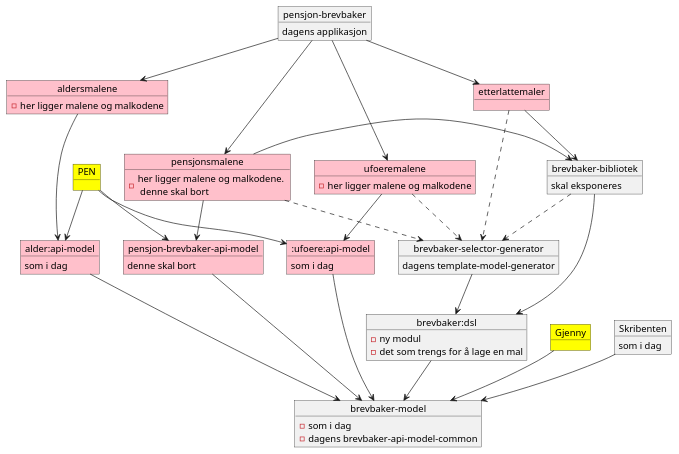
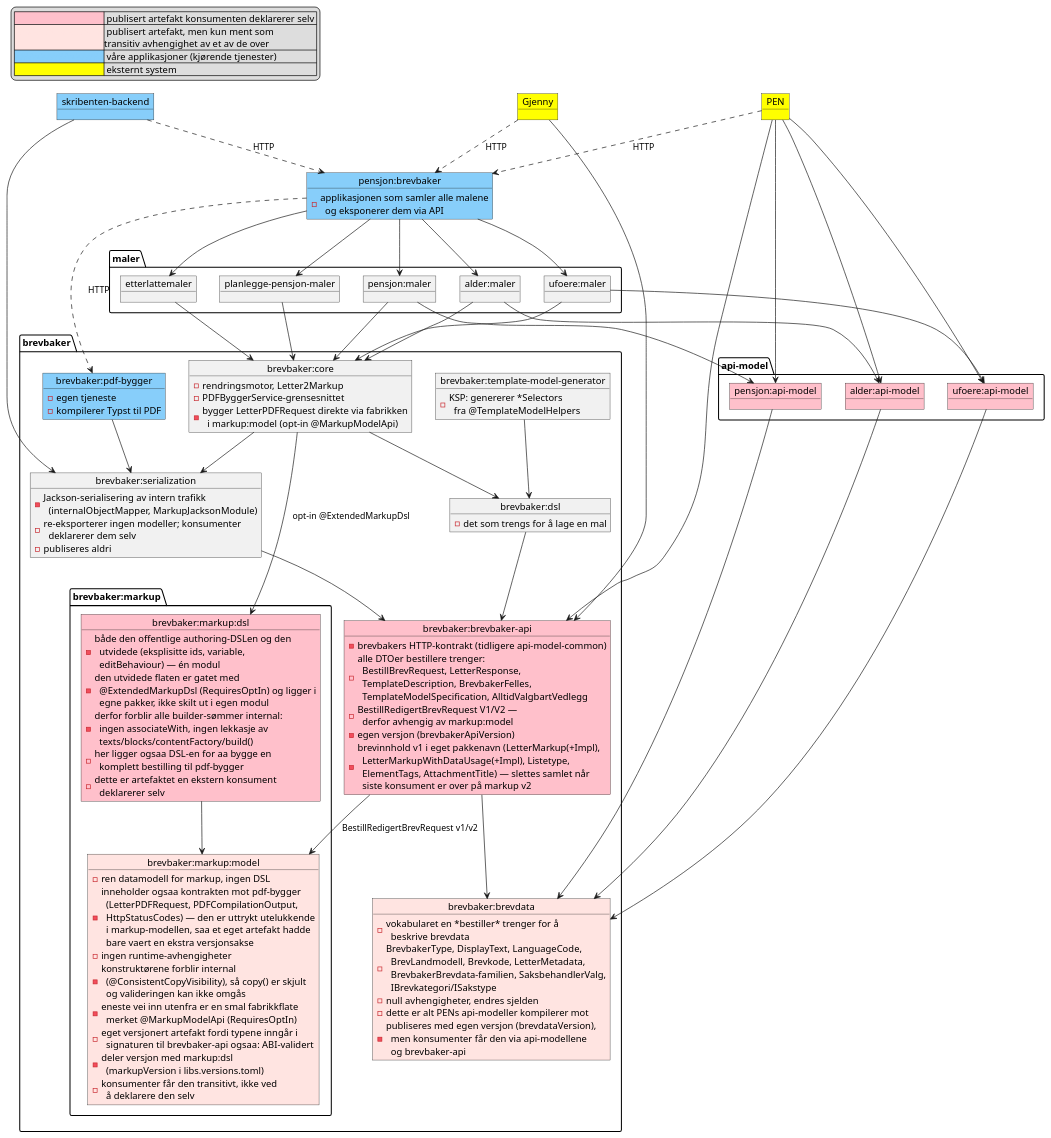
The diagram in docs/modules/ROOT/examples/moduldiagram.puml (navikt/pensjonsbrev), drawn with PlantUML before and after one commit. The commit also changed 217 other files, not shown here.

Commit message:
Api modul restrutkurering (#3525)

```diff
--- a/docs/modules/ROOT/examples/moduldiagram.puml
+++ b/docs/modules/ROOT/examples/moduldiagram.puml
@@ -1,76 +1,134 @@
 @startuml
 
-object "pensjon-brevbaker" as brevbaker
-brevbaker : dagens applikasjon
+legend top left
+  |<#pink><color:#pink>WWWWWWWWWW</color> | publisert artefakt konsumenten deklarerer selv |
+  |<#mistyrose><color:#mistyrose>WWWWWWWWWW</color> | publisert artefakt, men kun ment som\ntransitiv avhengighet av et av de over |
+  |<#lightskyblue><color:#lightskyblue>WWWWWWWWWW</color> | våre applikasjoner (kjørende tjenester) |
+  |<#yellow><color:#yellow>WWWWWWWWWW</color> | eksternt system |
+endlegend
 
-object pensjonsmalene #pink
-pensjonsmalene : - her ligger malene og malkodene. \n denne skal bort
+package "brevbaker" {
 
-object ufoeremalene #pink
-ufoeremalene : - her ligger malene og malkodene
+  object "brevbaker:brevdata" as brevdata #mistyrose
+  brevdata : - vokabularet en *bestiller* trenger for å\n  beskrive brevdata
+  brevdata : - BrevbakerType, DisplayText, LanguageCode,\n  BrevLandmodell, Brevkode, LetterMetadata,\n  BrevbakerBrevdata-familien, SaksbehandlerValg,\n  IBrevkategori/ISakstype
+  brevdata : - null avhengigheter, endres sjelden
+  brevdata : - dette er alt PENs api-modeller kompilerer mot
+  brevdata : - publiseres med egen versjon (brevdataVersion),\n  men konsumenter får den via api-modellene\n  og brevbaker-api
 
-object aldersmalene #pink
-aldersmalene : - her ligger malene og malkodene
+  object "brevbaker:brevbaker-api" as brevbakerapi #pink
+  brevbakerapi : - brevbakers HTTP-kontrakt (tidligere api-model-common)
+  brevbakerapi : - alle DTOer bestillere trenger:\n  BestillBrevRequest, LetterResponse,\n  TemplateDescription, BrevbakerFelles,\n  TemplateModelSpecification, AlltidValgbartVedlegg
+  brevbakerapi : - BestillRedigertBrevRequest V1/V2 —\n  derfor avhengig av markup:model
+  brevbakerapi : - egen versjon (brevbakerApiVersion)
+  brevbakerapi : - brevinnhold v1 i eget pakkenavn (LetterMarkup(+Impl),\n  LetterMarkupWithDataUsage(+Impl), Listetype,\n  ElementTags, AttachmentTitle) — slettes samlet når\n  siste konsument er over på markup v2
 
-object "etterlattemaler" as etterlatte #pink
+  package "brevbaker:markup" {
+    object "brevbaker:markup:model" as markupModel #mistyrose
+    markupModel : - ren datamodell for markup, ingen DSL
+    markupModel : - inneholder ogsaa kontrakten mot pdf-bygger\n  (LetterPDFRequest, PDFCompilationOutput,\n  HttpStatusCodes) — den er uttrykt utelukkende\n  i markup-modellen, saa et eget artefakt hadde\n  bare vaert en ekstra versjonsakse
+    markupModel : - ingen runtime-avhengigheter
+    markupModel : - konstruktørene forblir internal\n  (@ConsistentCopyVisibility), så copy() er skjult\n  og valideringen kan ikke omgås
+    markupModel : - eneste vei inn utenfra er en smal fabrikkflate\n  merket @MarkupModelApi (RequiresOptIn)
+    markupModel : - eget versjonert artefakt fordi typene inngår i\n  signaturen til brevbaker-api ogsaa: ABI-validert
+    markupModel : - deler versjon med markup:dsl\n  (markupVersion i libs.versions.toml)
+    markupModel : - konsumenter får den transitivt, ikke ved\n  å deklarere den selv
 
-object "pensjon-brevbaker-api-model" as pensjonapimodel #pink
-pensjonapimodel : denne skal bort
+    object "brevbaker:markup:dsl" as markupDsl #pink
+    markupDsl : - både den offentlige authoring-DSLen og den\n  utvidede (eksplisitte ids, variable,\n  editBehaviour) — én modul
+    markupDsl : - den utvidede flaten er gatet med\n  @ExtendedMarkupDsl (RequiresOptIn) og ligger i\n  egne pakker, ikke skilt ut i egen modul
+    markupDsl : - derfor forblir alle builder-sømmer internal:\n  ingen associateWith, ingen lekkasje av\n  texts/blocks/contentFactory/build()
+    markupDsl : - her ligger ogsaa DSL-en for aa bygge en\n  komplett bestilling til pdf-bygger
+    markupDsl : - dette er artefaktet en ekstern konsument\n  deklarerer selv
+  }
 
-object "alder:api-model" as alderapimodel #pink
-alderapimodel : som i dag
+  object "brevbaker:serialization" as serialization
+  serialization : - Jackson-serialisering av intern trafikk\n  (internalObjectMapper, MarkupJacksonModule)
+  serialization : - re-eksporterer ingen modeller; konsumenter\n  deklarerer dem selv
+  serialization : - publiseres aldri
 
-object ":ufoere:api-model" as ufoereapimodel #pink
-ufoereapimodel : som i dag
+  object "brevbaker:dsl" as dsl
+  dsl : - det som trengs for å lage en mal
 
-object "brevbaker:dsl" as dsl
-dsl : - ny modul
-dsl : - det som trengs for å lage en mal
+  object "brevbaker:core" as core
+  core : - rendringsmotor, Letter2Markup
+  core : - PDFByggerService-grensesnittet
+  core : - bygger LetterPDFRequest direkte via fabrikken\n  i markup:model (opt-in @MarkupModelApi)
 
-object "brevbaker-bibliotek" as bibliotek
-bibliotek : skal eksponeres
+  object "brevbaker:template-model-generator" as tmg
+  tmg : - KSP: genererer *Selectors\n  fra @TemplateModelHelpers
 
+  object "brevbaker:pdf-bygger" as pdfbygger #lightskyblue
+  pdfbygger : - egen tjeneste
+  pdfbygger : - kompilerer Typst til PDF
+}
+
+package "maler" {
+  object "pensjon:maler" as pensjonsmalene
+  object "alder:maler" as aldersmalene
+  object "ufoere:maler" as ufoeremalene
+  object "etterlattemaler" as etterlatte
+  object "planlegge-pensjon-maler" as planlegge
+}
+
+package "api-model" {
+  object "pensjon:api-model" as pensjonapimodel #pink
+  object "alder:api-model" as alderapimodel #pink
+  object "ufoere:api-model" as ufoereapimodel #pink
+}
+
+object "pensjon:brevbaker" as brevbakerApp #lightskyblue
+brevbakerApp : - applikasjonen som samler alle malene\n  og eksponerer dem via API
+
+object "skribenten-backend" as skribenten #lightskyblue
+object PEN #yellow
 object Gjenny #yellow
 
-object "brevbaker-model" as modelcommon
-modelcommon : - som i dag
-modelcommon : - dagens brevbaker-api-model-common
+' brevbaker-modulene
+markupDsl --> markupModel
+brevbakerapi --> brevdata
+brevbakerapi --> markupModel : BestillRedigertBrevRequest v1/v2
+serialization --> brevbakerapi
+dsl --> brevbakerapi
+core --> dsl
+core --> serialization
+core --> markupDsl : opt-in @ExtendedMarkupDsl
+tmg --> dsl
+pdfbygger --> serialization
 
-object "brevbaker-selector-generator" as tmg
-tmg : dagens template-model-generator
+' malmoduler
+pensjonsmalene --> core
+aldersmalene --> core
+ufoeremalene --> core
+etterlatte --> core
+planlegge --> core
 
-object PEN #yellow
-
-object Skribenten
-Skribenten : som i dag
-
-bibliotek --> dsl
-brevbaker --> pensjonsmalene
-brevbaker --> aldersmalene
-brevbaker --> ufoeremalene
-brevbaker --> etterlatte
 pensjonsmalene --> pensjonapimodel
-
 aldersmalene --> alderapimodel
 ufoeremalene --> ufoereapimodel
 
-pensjonsmalene -> bibliotek
-etterlatte --> bibliotek
-pensjonapimodel --> modelcommon
-alderapimodel --> modelcommon
-ufoereapimodel --> modelcommon
-dsl --> modelcommon
-tmg --> dsl
-etterlatte ..> tmg
-pensjonsmalene ..> tmg
-ufoeremalene ..> tmg
-bibliotek ..> tmg
+pensjonapimodel --> brevdata
+alderapimodel --> brevdata
+ufoereapimodel --> brevdata
 
+' applikasjonen
+brevbakerApp --> pensjonsmalene
+brevbakerApp --> aldersmalene
+brevbakerApp --> ufoeremalene
+brevbakerApp --> etterlatte
+brevbakerApp --> planlegge
+brevbakerApp ..> pdfbygger : HTTP
+PEN ..> brevbakerApp : HTTP
+Gjenny ..> brevbakerApp : HTTP
+skribenten ..> brevbakerApp : HTTP
+
+
+' konsumenter
+skribenten --> serialization
 PEN --> pensjonapimodel
 PEN --> alderapimodel
 PEN --> ufoereapimodel
-Gjenny --> modelcommon
-
-Skribenten --> modelcommon
+PEN --> brevbakerapi
+Gjenny --> brevbakerapi
 
 @enduml
```
